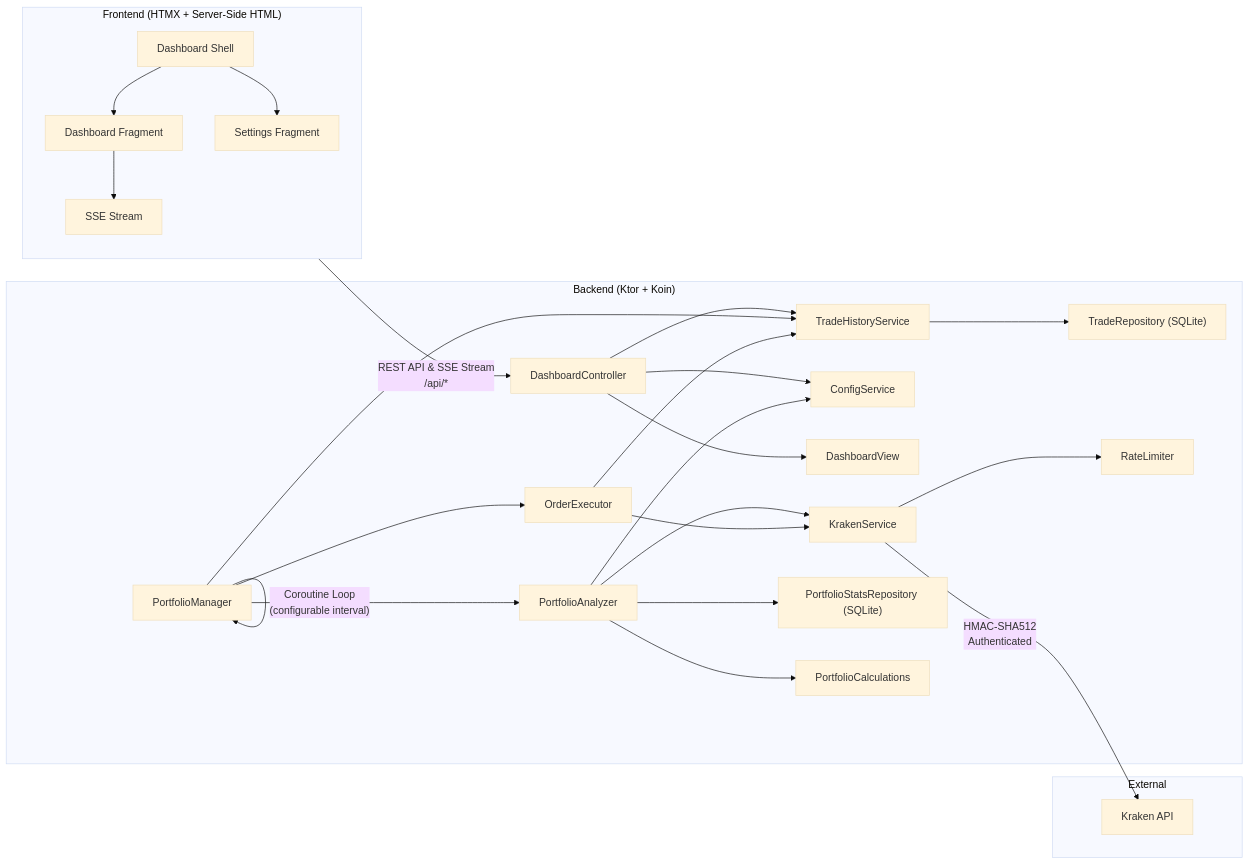
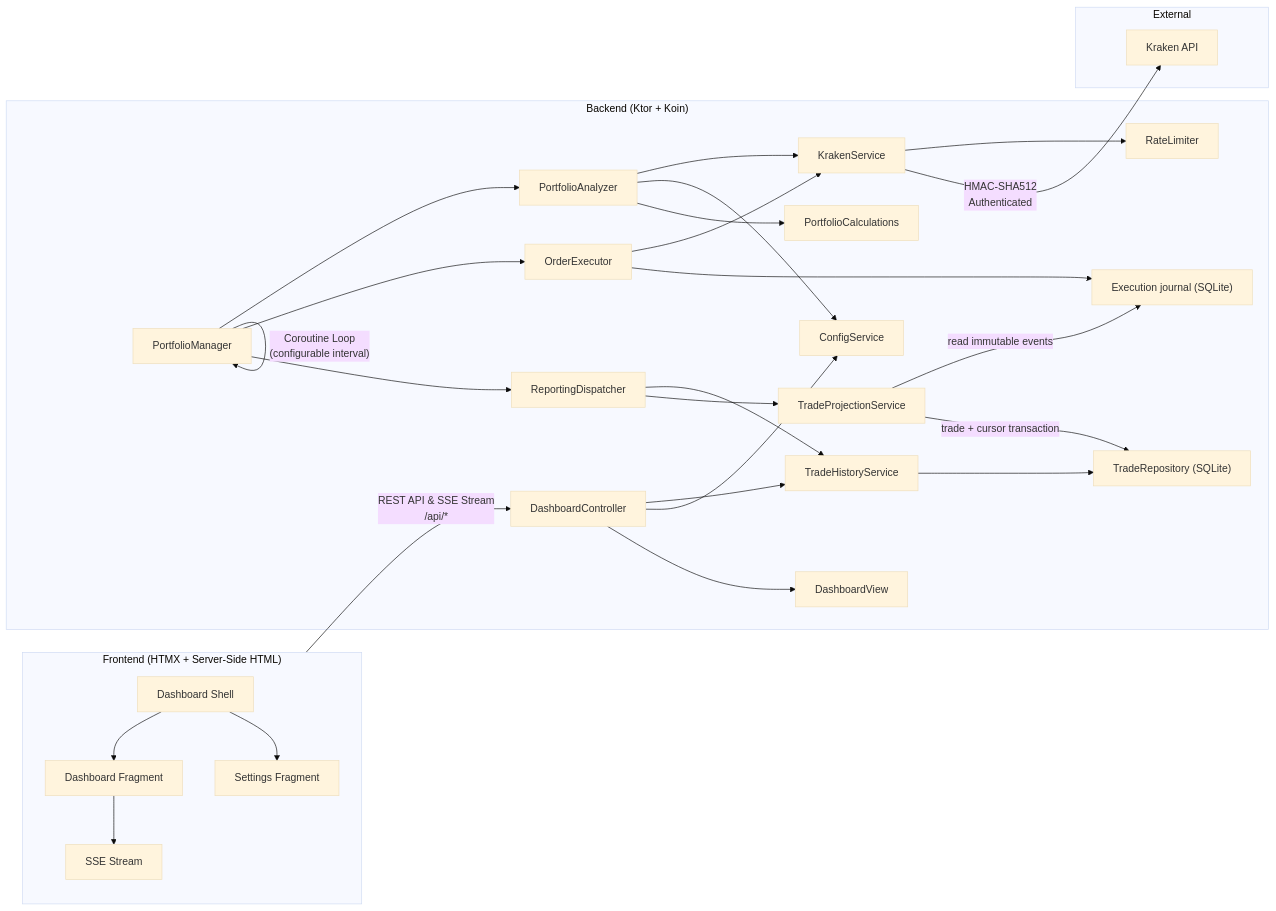
The first of 2 diagrams in README.md (HyperVon/new-kraken-rebalancer), drawn with Mermaid (base theme) before and after one commit. The commit also changed other lines of this file and 79 other files, not shown here.

````diff
--- a/README.md
+++ b/README.md
@@ -491,34 +493,37 @@
 ```mermaid
 graph LR
     subgraph Frontend["Frontend (HTMX + Server-Side HTML)"]
         D[Dashboard Shell] --> DF[Dashboard Fragment]
         D --> SF[Settings Fragment]
         DF --> SS[SSE Stream]
     end
 
     subgraph Backend["Backend (Ktor + Koin)"]
         DC[DashboardController] --> THS[TradeHistoryService]
         DC --> CS[ConfigService]
         DC --> DV[DashboardView]
         PM[PortfolioManager] --> PA[PortfolioAnalyzer]
         PM --> OE[OrderExecutor]
-        PM --> THS
+        PM --> RD[ReportingDispatcher]
 
         PA --> KS[KrakenService]
         PA --> CS
-        PA --> PSR["PortfolioStatsRepository (SQLite)"]
         PA --> PC[PortfolioCalculations]
         OE --> KS
-        OE --> THS
+        OE --> EJ["Execution journal (SQLite)"]
+        RD --> THS
+        RD --> TP[TradeProjectionService]
         THS --> TR["TradeRepository (SQLite)"]
+        TP -->|"read immutable events"| EJ
+        TP -->|"trade + cursor transaction"| TR
         KS --> RL[RateLimiter]
     end
 
     subgraph External
         KA[Kraken API]
     end
 
     Frontend -- "REST API & SSE Stream\n/api/*" --> DC
     PM -- "Coroutine Loop\n(configurable interval)" --> PM
     KS -- "HMAC-SHA512\nAuthenticated" --> KA
 ```
````
